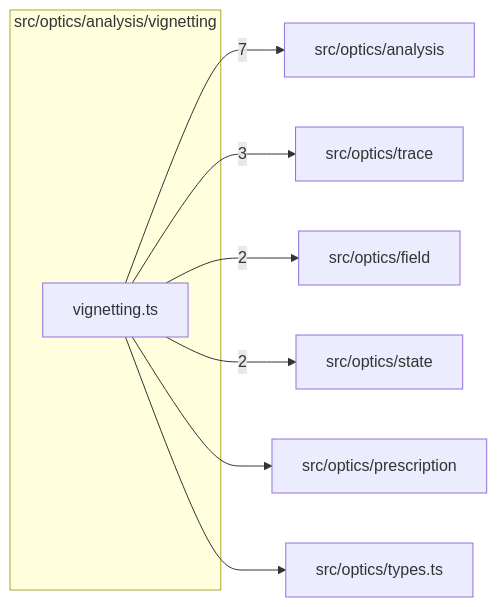
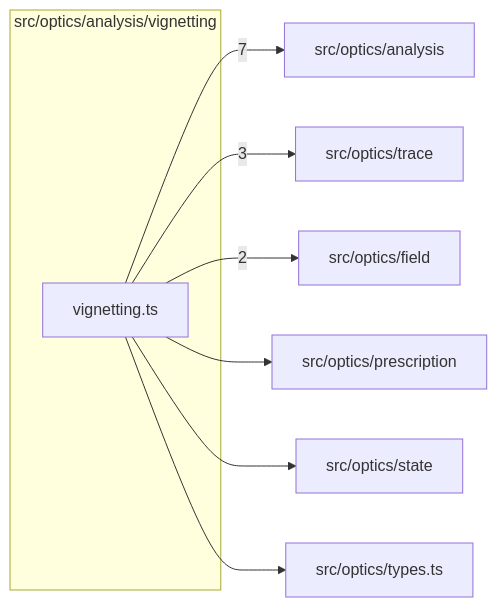
Before and after one commit to ronbuening/LensVisualizer: the diagram in src/optics/analysis/vignetting/readme.md, drawn with Mermaid. The commit also changed other lines of this file and 5 other files, not shown here.

````diff
--- a/src/optics/analysis/vignetting/readme.md
+++ b/src/optics/analysis/vignetting/readme.md
@@ -9,18 +9,18 @@
 ```mermaid
 flowchart LR
   subgraph n_src_optics_analysis_vignetting["src/optics/analysis/vignetting"]
     n_src_optics_analysis_vignetting_src_optics_analysis_vignetting_vignetting_ts["vignetting.ts"]
   end
   n_external_src_optics_analysis["src/optics/analysis"]
   n_external_src_optics_trace["src/optics/trace"]
   n_external_src_optics_field["src/optics/field"]
+  n_external_src_optics_prescription["src/optics/prescription"]
   n_external_src_optics_state["src/optics/state"]
-  n_external_src_optics_prescription["src/optics/prescription"]
   n_external_src_optics_types_ts["src/optics/types.ts"]
   n_src_optics_analysis_vignetting_src_optics_analysis_vignetting_vignetting_ts --> |7| n_external_src_optics_analysis
   n_src_optics_analysis_vignetting_src_optics_analysis_vignetting_vignetting_ts --> |3| n_external_src_optics_trace
   n_src_optics_analysis_vignetting_src_optics_analysis_vignetting_vignetting_ts --> |2| n_external_src_optics_field
-  n_src_optics_analysis_vignetting_src_optics_analysis_vignetting_vignetting_ts --> |2| n_external_src_optics_state
   n_src_optics_analysis_vignetting_src_optics_analysis_vignetting_vignetting_ts --> n_external_src_optics_prescription
+  n_src_optics_analysis_vignetting_src_optics_analysis_vignetting_vignetting_ts --> n_external_src_optics_state
   n_src_optics_analysis_vignetting_src_optics_analysis_vignetting_vignetting_ts --> n_external_src_optics_types_ts
 ```
````
